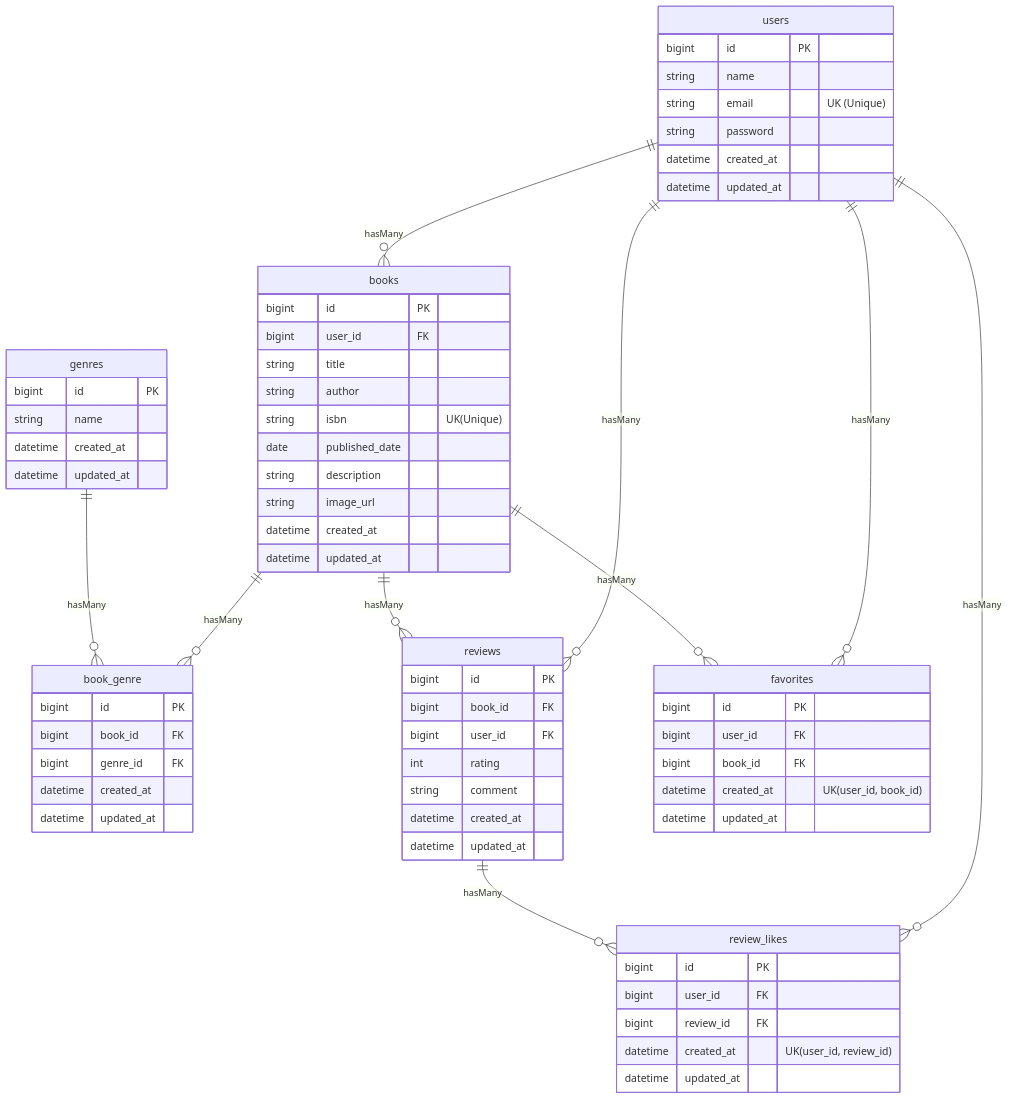
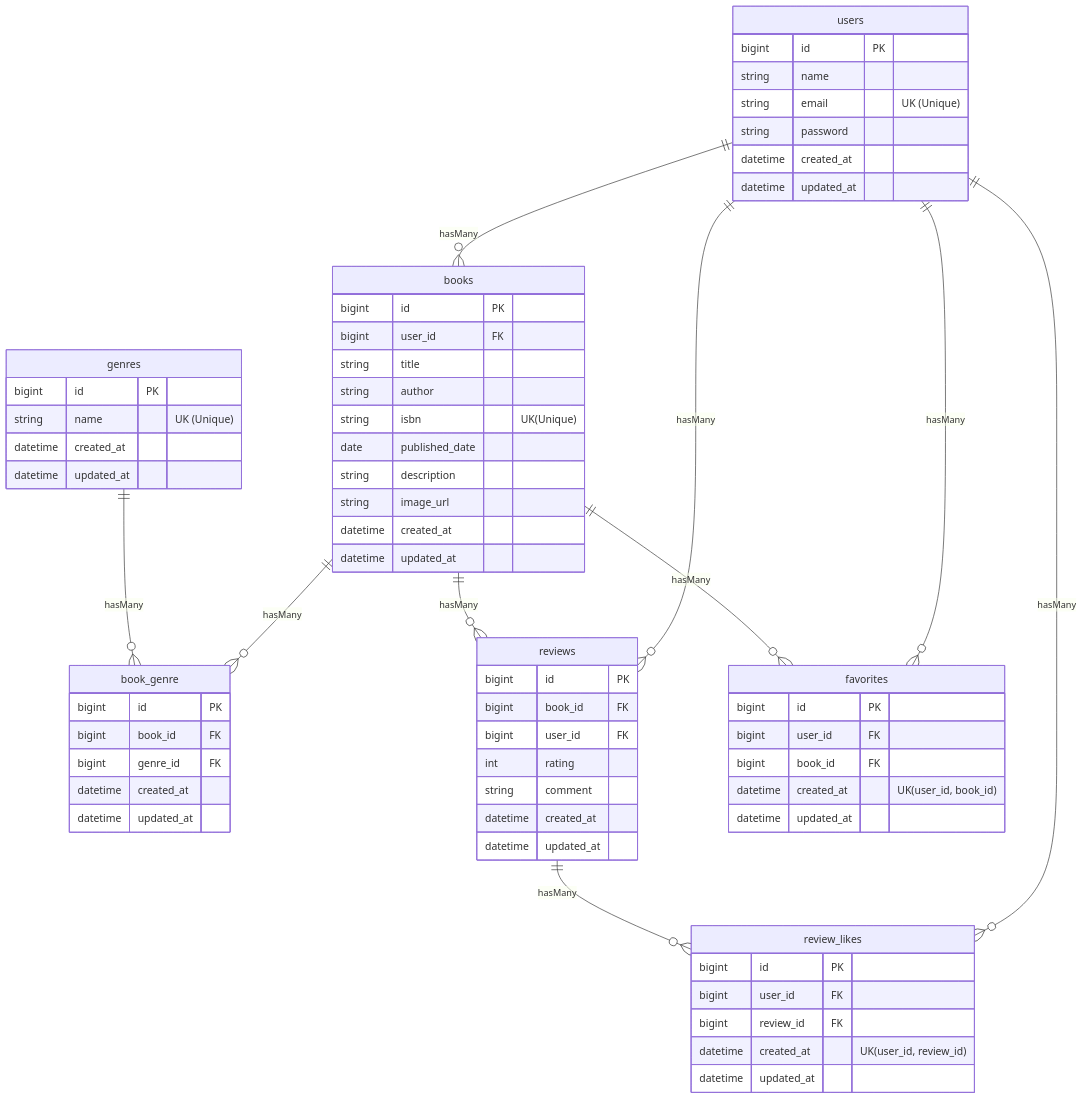
The diagram in README.md (yuna-genma/bookshelf-app), drawn with Mermaid before and after one commit. The commit also changed 6 other files, not shown here.

````diff
--- a/README.md
+++ b/README.md
@@ -5,79 +5,79 @@
 ```mermaid
     erDiagram
 
     users ||--o{ books : "hasMany"
     books ||--o{ book_genre : "hasMany"
     genres ||--o{ book_genre : "hasMany"
 
     users ||--o{ reviews : "hasMany"
     books ||--o{ reviews : "hasMany"
 
     users ||--o{ review_likes : "hasMany"
     reviews ||--o{ review_likes : "hasMany"
 
     users ||--o{ favorites : "hasMany"
     books ||--o{ favorites : "hasMany"
 
     users {
         bigint id PK
         string name
         string email "UK (Unique)"
         string password
         datetime created_at
         datetime updated_at
     }
 
     books {
         bigint id PK
         bigint user_id FK
         string title
         string author
         string isbn "UK(Unique)"
         date published_date
         string description
         string image_url
         datetime created_at
         datetime updated_at
     }
 
     genres {
         bigint id PK
-        string name
+        string name "UK (Unique)"
         datetime created_at
         datetime updated_at
     }
 
     book_genre {
         bigint id PK
         bigint book_id FK
         bigint genre_id FK
         datetime created_at
         datetime updated_at
     }
 
     reviews {
         bigint id PK
         bigint book_id FK
         bigint user_id FK
         int rating
         string comment
         datetime created_at
         datetime updated_at
     }
 
     review_likes {
         bigint id PK
         bigint user_id FK
         bigint review_id FK
         datetime created_at "UK(user_id, review_id)"
         datetime updated_at
     }
 
     favorites {
         bigint id PK
         bigint user_id FK
         bigint book_id FK
         datetime created_at "UK(user_id, book_id)"
         datetime updated_at
     }
 ```
````
